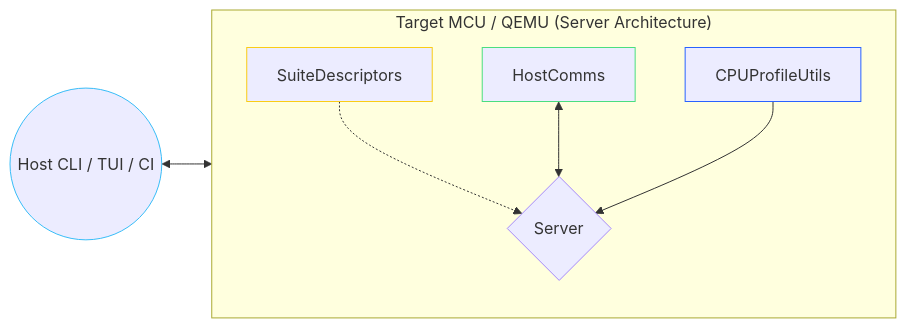
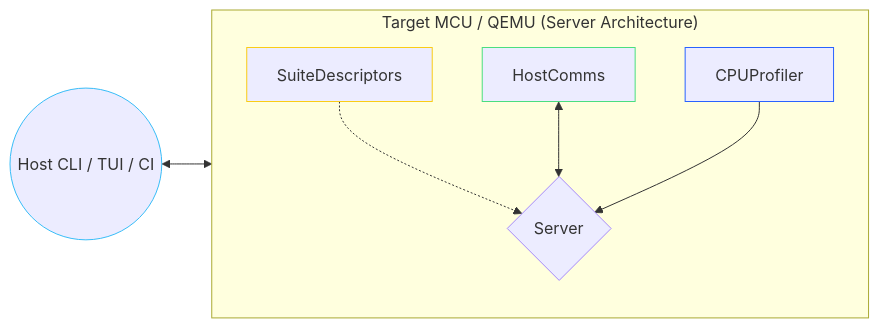
One commit to Dyse-Industries/control-rs changed the diagram in control-rs-hil/README.md. Above: the diagram before and after it, drawn with Mermaid. The commit also changed other lines of this file and 11 other files, not shown here.

````diff
--- a/control-rs-hil/README.md
+++ b/control-rs-hil/README.md
@@ -17,29 +17,29 @@
 ```mermaid
 ---
 config:
   layout: fixed
 ---
 flowchart LR
  subgraph Target["Target MCU / QEMU (Server Architecture)"]
     direction TB
         CommsRx["HostComms"]
         Runner{"Server"}
         Tests["SuiteDescriptors"]
-        CPUUtils["CPUProfileUtils"]
+        CPUUtils["CPUProfiler"]
   end
     Tests -. <br> .-> Runner
     Host(("Host CLI / TUI / CI")) <--> CommsRx
     CommsRx <--> Runner
     CPUUtils --> Runner
     
      CommsRx:::commsNode
      Runner:::serverLoop
      Tests:::testNode
      Host:::hostNode
      CPUUtils:::cpuNode
     classDef hostNode stroke:#38bdf8
     classDef commsNode stroke:#4ade80
     classDef serverLoop stroke:#a78bfa
     classDef testNode stroke:#facc15
     classDef cpuNode stroke:#2962FF
 ```
````
